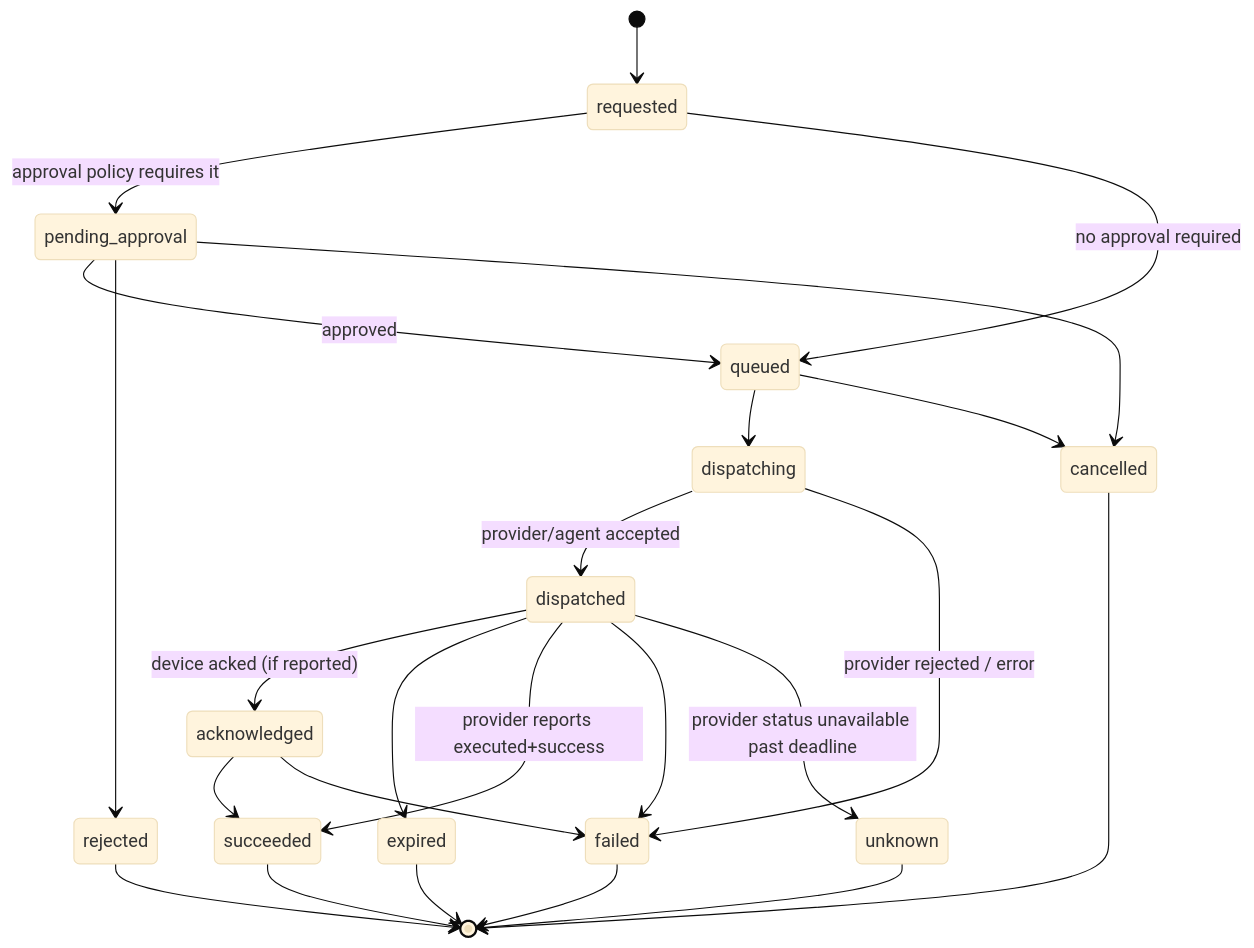
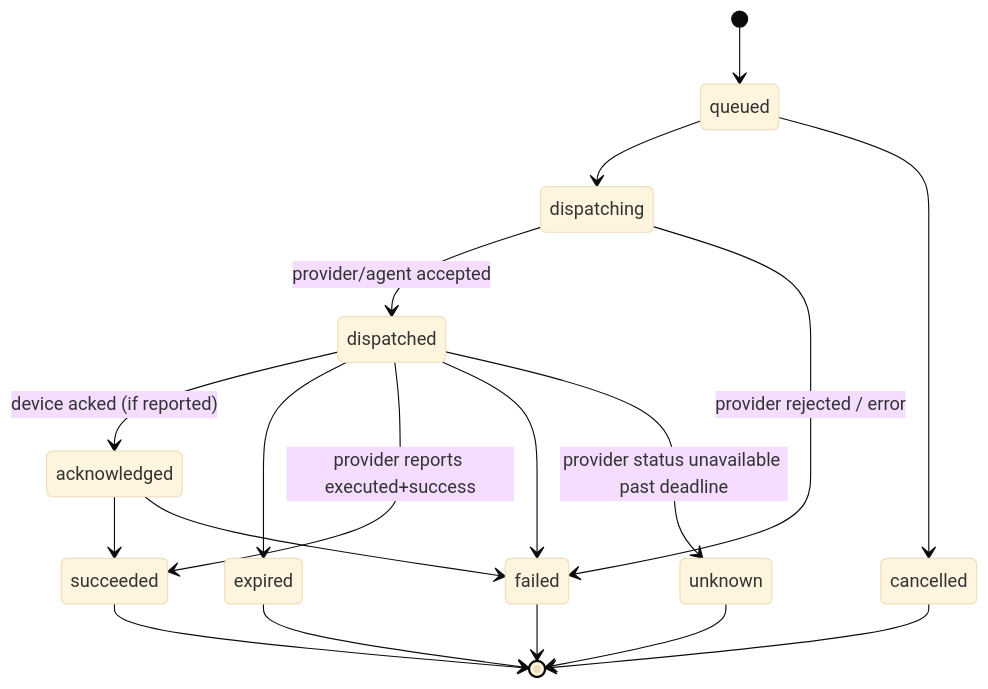
One commit to joetabora/schoolos-platform changed the third of 4 diagrams in docs/SYSTEM_ARCHITECTURE.md. Above: the diagram before and after it, drawn with Mermaid (base theme). The commit also changed other lines of this file and 8 other files, not shown here.

First line of the commit message:
docs: add architecture readiness review and M1 implementation plan

````diff
--- a/docs/SYSTEM_ARCHITECTURE.md
+++ b/docs/SYSTEM_ARCHITECTURE.md
@@ -178,26 +201,20 @@
 ```mermaid
 stateDiagram-v2
-  [*] --> requested
-  requested --> pending_approval: approval policy requires it
-  requested --> queued: no approval required
-  pending_approval --> queued: approved
-  pending_approval --> rejected
-  pending_approval --> cancelled
+  [*] --> queued
   queued --> dispatching
   queued --> cancelled
   dispatching --> dispatched: provider/agent accepted
   dispatching --> failed: provider rejected / error
   dispatched --> acknowledged: device acked (if reported)
   dispatched --> expired
   acknowledged --> succeeded
   acknowledged --> failed
   dispatched --> succeeded: provider reports executed+success
   dispatched --> failed
   dispatched --> unknown: provider status unavailable past deadline
   succeeded --> [*]
   failed --> [*]
   expired --> [*]
-  rejected --> [*]
   cancelled --> [*]
   unknown --> [*]
 ```
````
